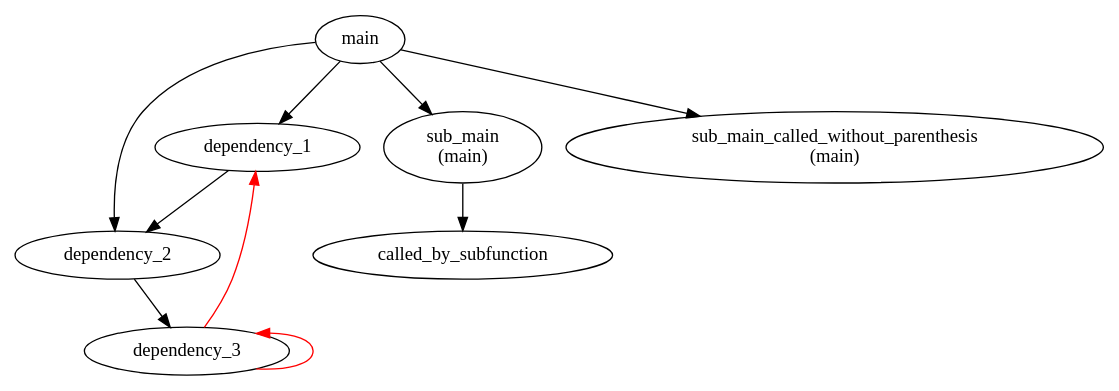
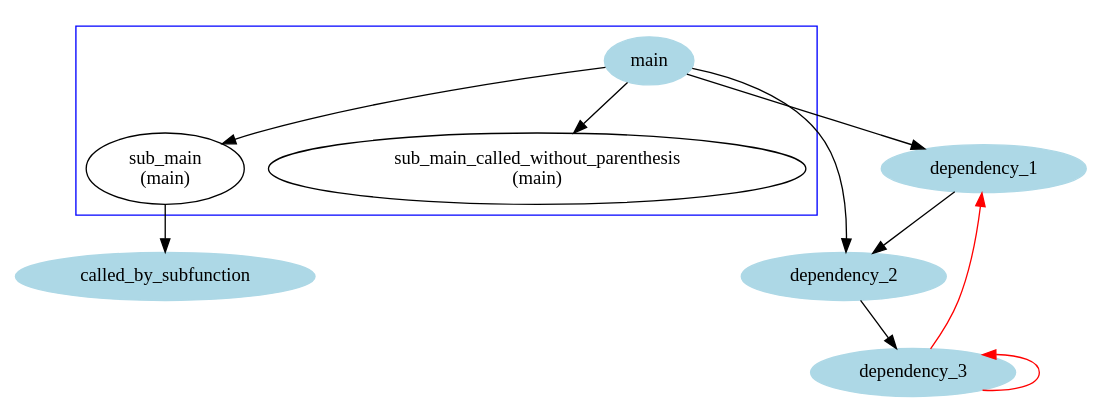
Before and after one commit to KaeroDot/mDepGen: the diagram in readme_figures/readme_fig1.dot, drawn with Graphviz. The commit also changed 23 other files, not shown here.

```diff
--- a/readme_figures/readme_fig1.dot
+++ b/readme_figures/readme_fig1.dot
@@ -1,13 +1,28 @@
 /* Generated by mDepGen */
 digraph dep {
 node [shape = oval];
+/* start of shape definitions */
+"main" [color=lightblue, style=filled];
+"dependency_1" [color=lightblue, style=filled];
+"dependency_2" [color=lightblue, style=filled];
+"dependency_3" [color=lightblue, style=filled];
+"called_by_subfunction" [color=lightblue, style=filled];
+/* end of shape definitions */
+/* start of subgraph definitions */
+subgraph cluster005 {
+color=blue;
+    "main";
+    "sub_main\n (main)";
+    "sub_main_called_without_parenthesis\n (main)";
+}
+/* end of subgraph definitions */
 "main" -> "dependency_1" ;
 "dependency_1" -> "dependency_2" ;
 "dependency_2" -> "dependency_3" ;
 "dependency_3" -> "dependency_1"  [color=red];
 "dependency_3" -> "dependency_3"  [color=red dir=back];
 "main" -> "dependency_2" ;
 "main" -> "sub_main\n (main)" ;
 "sub_main\n (main)" -> "called_by_subfunction" ;
 "main" -> "sub_main_called_without_parenthesis\n (main)" ;
 }
```
